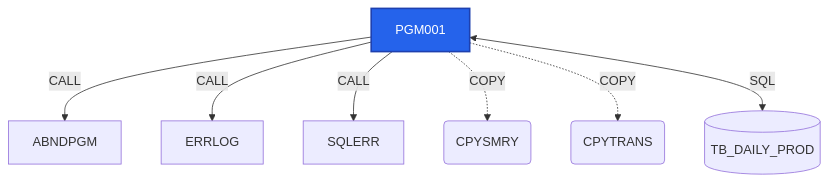
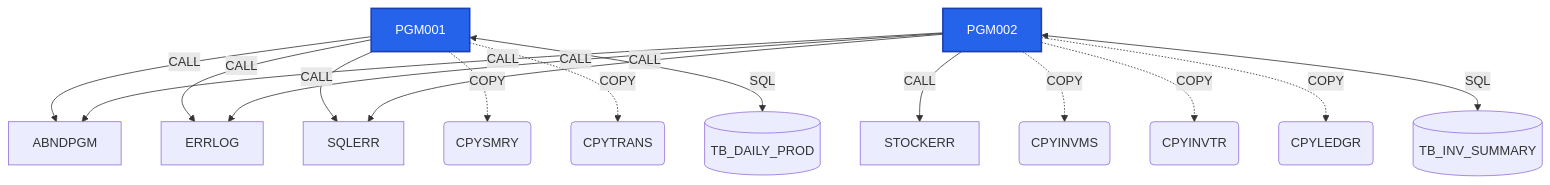
The diagram in output/diagrams/call_graph.md (donseok/catm-project), drawn with Mermaid before and after one commit. The commit also changed 24 other files, not shown here.

````diff
--- a/output/diagrams/call_graph.md
+++ b/output/diagrams/call_graph.md
@@ -3,16 +3,25 @@
 ```mermaid
 graph TD
     classDef mainPgm fill:#2563EB,stroke:#1E40AF,color:#fff,stroke-width:2px
     classDef subPgm fill:#059669,stroke:#047857,color:#fff
     classDef copybook fill:#D97706,stroke:#B45309,color:#fff
     classDef db2 fill:#7C3AED,stroke:#6D28D9,color:#fff
 
     PGM001[PGM001] -->|CALL| ABNDPGM[ABNDPGM]
     PGM001[PGM001] -->|CALL| ERRLOG[ERRLOG]
     PGM001[PGM001] -->|CALL| SQLERR[SQLERR]
     PGM001 -.->|COPY| CPY_CPYSMRY(CPYSMRY)
     PGM001 -.->|COPY| CPY_CPYTRANS(CPYTRANS)
     PGM001 <-->|SQL| DB_TB_DAILY_PROD[(TB_DAILY_PROD)]
+    PGM002[PGM002] -->|CALL| ABNDPGM[ABNDPGM]
+    PGM002[PGM002] -->|CALL| ERRLOG[ERRLOG]
+    PGM002[PGM002] -->|CALL| SQLERR[SQLERR]
+    PGM002[PGM002] -->|CALL| STOCKERR[STOCKERR]
+    PGM002 -.->|COPY| CPY_CPYINVMS(CPYINVMS)
+    PGM002 -.->|COPY| CPY_CPYINVTR(CPYINVTR)
+    PGM002 -.->|COPY| CPY_CPYLEDGR(CPYLEDGR)
+    PGM002 <-->|SQL| DB_TB_INV_SUMMARY[(TB_INV_SUMMARY)]
 
     class PGM001 mainPgm
+    class PGM002 mainPgm
 ```
````
